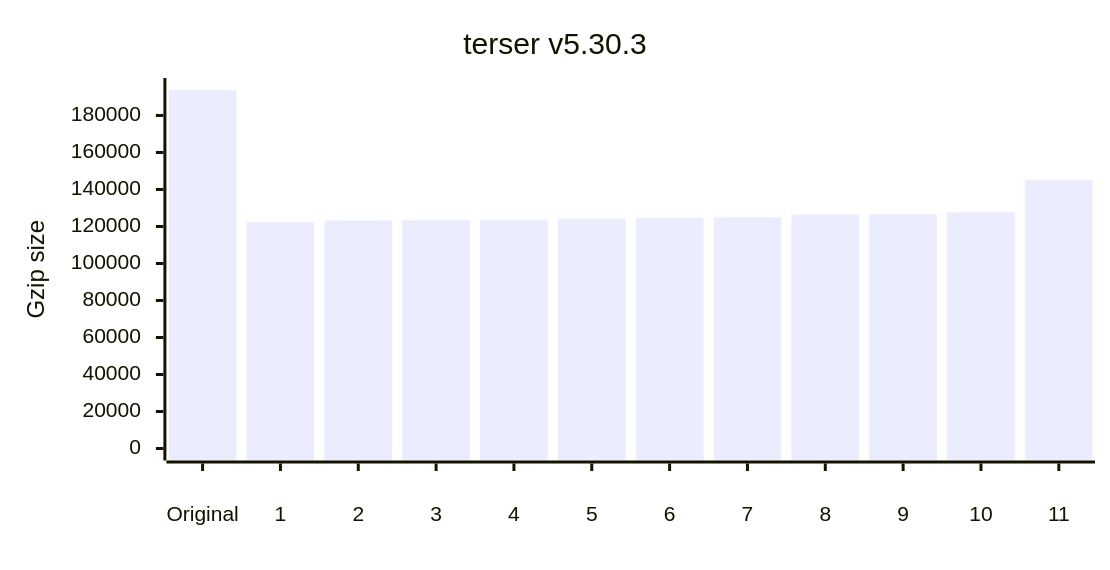
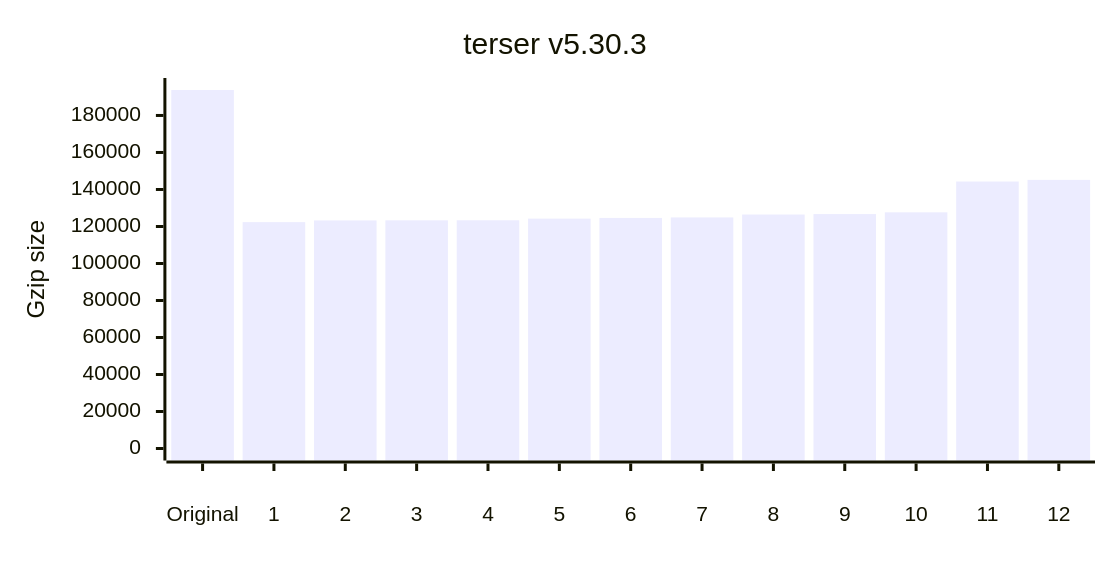
One commit to privatenumber/minification-benchmarks changed the seventh of 12 diagrams in README.md. Above: the diagram before and after it, drawn with Mermaid. The commit also changed other lines of this file and 1 other file, not shown here.

````diff
--- a/README.md
+++ b/README.md
@@ -317,17 +324,17 @@
 ```mermaid
 ---
 config:
     xyChart:
         width: 720
         height: 360
         xAxis:
             labelPadding: 20
         yAxis:
             labelPadding: 10
 ---
 xychart-beta
 	title "terser v5.30.3"
-	x-axis ["Original",1,2,3,4,5,6,7,8,9,10,11]
+	x-axis ["Original",1,2,3,4,5,6,7,8,9,10,11,12]
 	y-axis "Gzip size" 0 --> 193763
-	bar [193763,122353,123259,123334,123346,124253,124609,124885,126454,126707,127653,145178]
+	bar [193763,122353,123259,123334,123346,124253,124609,124885,126454,126707,127653,144303,145178]
 ```
````
